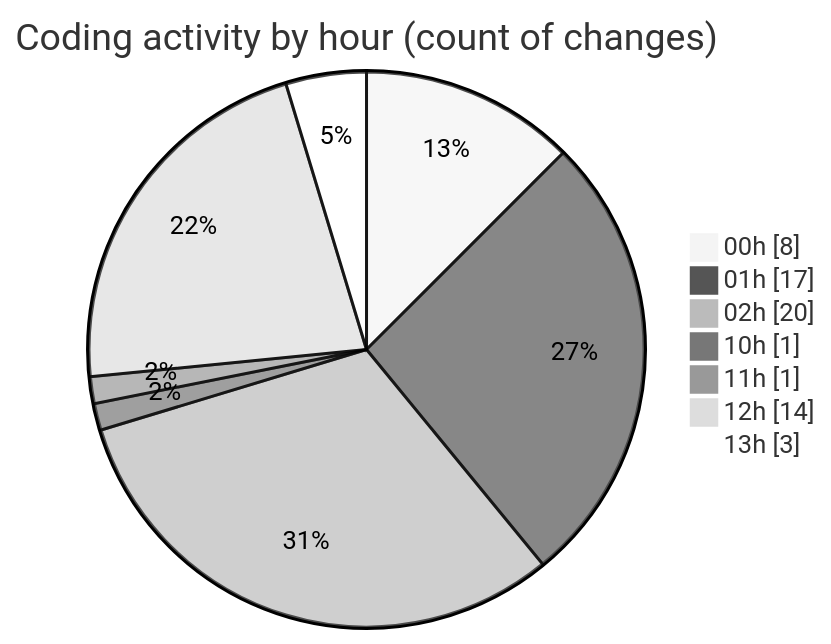
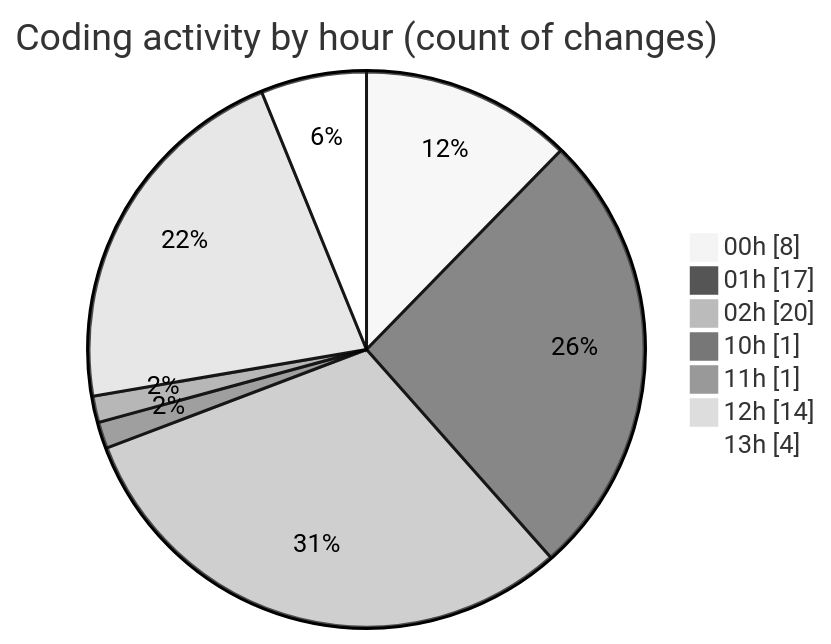
Before and after one commit to Elitesun/code-tracking: the second of 2 diagrams in 2025-05-02/niten/README.md, drawn with Mermaid (neutral theme). The commit also changed other lines of this file and 1 other file, not shown here.

````diff
--- a/2025-05-02/niten/README.md
+++ b/2025-05-02/niten/README.md
@@ -51,11 +52,11 @@
 ```mermaid
 pie showData
 title Coding activity by hour (count of changes)
 "00h" : 8
 "01h" : 17
 "02h" : 20
 "10h" : 1
 "11h" : 1
 "12h" : 14
-"13h" : 3
+"13h" : 4
 ```
````
